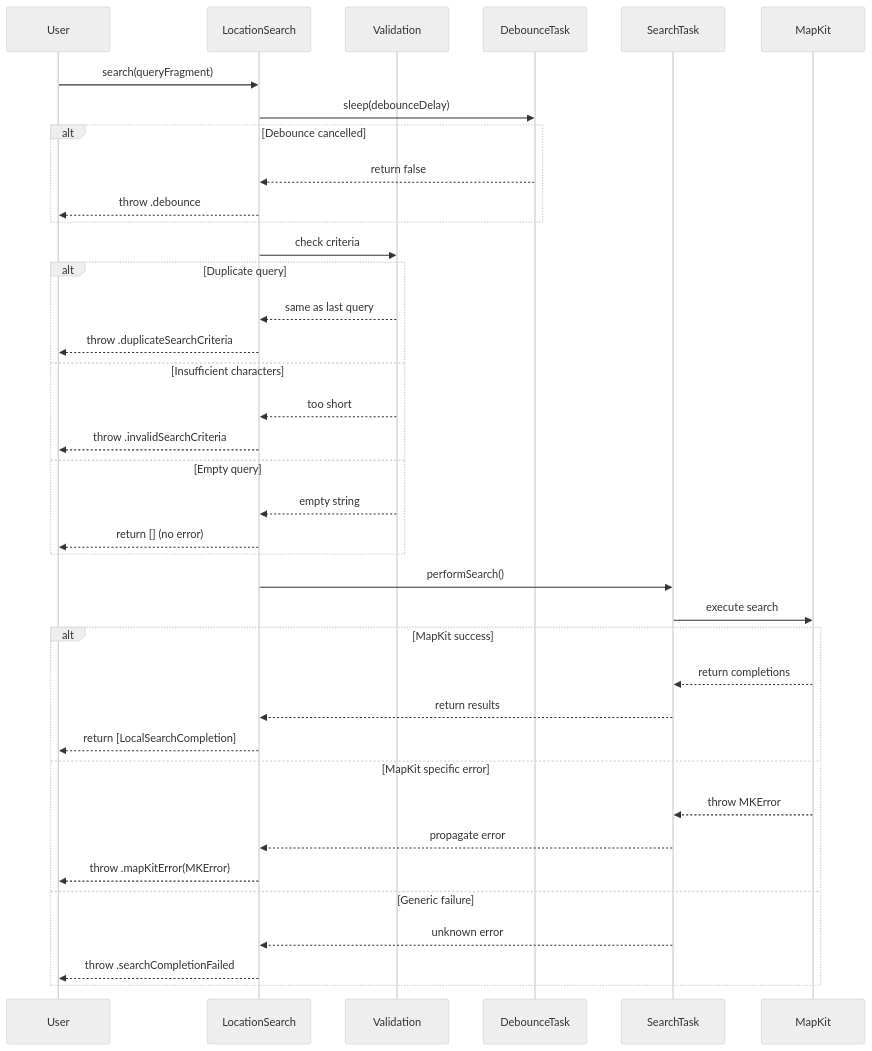
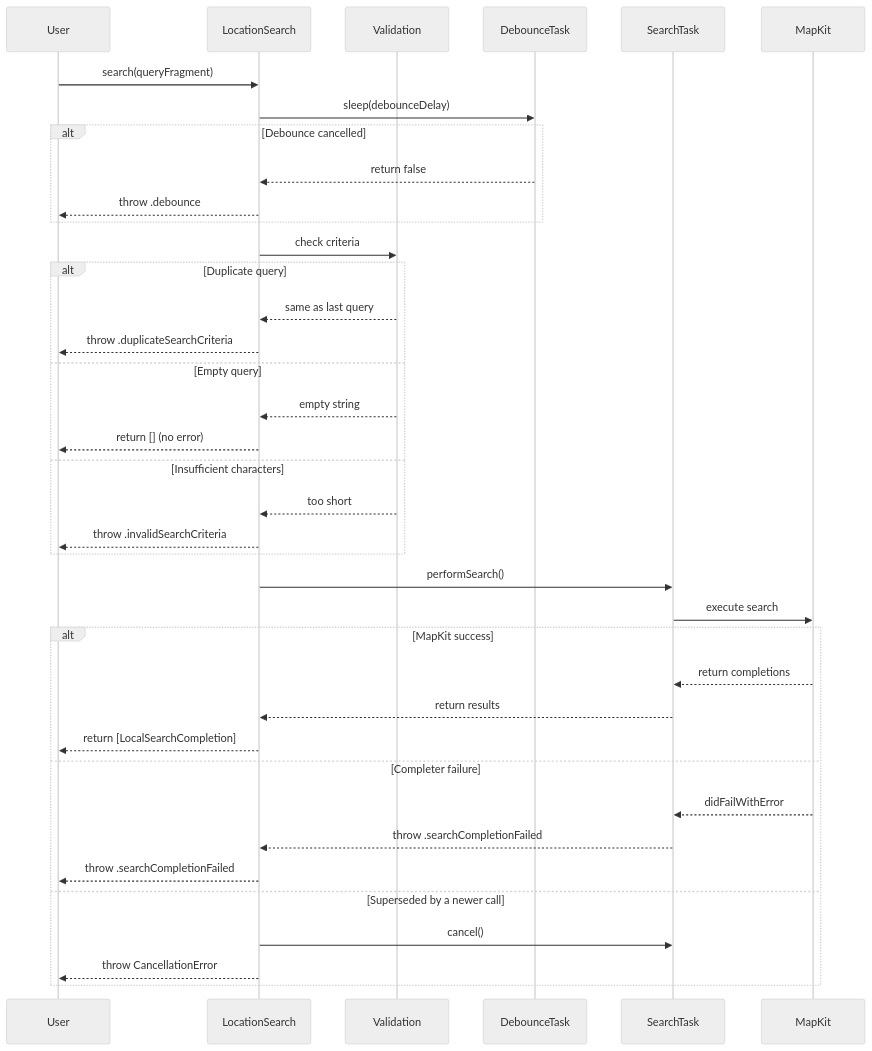
The fourth of 5 diagrams in docs/Diagrams/SearchFlowSequence.md (kraigspear/MapKitSwiftSearch), drawn with Mermaid (neutral theme) before and after one commit. The commit also changed other lines of this file and 13 other files, not shown here.

````diff
--- a/docs/Diagrams/SearchFlowSequence.md
+++ b/docs/Diagrams/SearchFlowSequence.md
@@ -147,45 +149,45 @@
 ```mermaid
 sequenceDiagram
     participant User
     participant LocationSearch
     participant Validation
     participant DebounceTask
     participant SearchTask
     participant MapKit
     
     User->>LocationSearch: search(queryFragment)
     
     LocationSearch->>DebounceTask: sleep(debounceDelay)
     alt Debounce cancelled
         DebounceTask-->>LocationSearch: return false
         LocationSearch-->>User: throw .debounce
     end
     
     LocationSearch->>Validation: check criteria
     alt Duplicate query
         Validation-->>LocationSearch: same as last query
         LocationSearch-->>User: throw .duplicateSearchCriteria
+    else Empty query
+        Validation-->>LocationSearch: empty string
+        LocationSearch-->>User: return [] (no error)
     else Insufficient characters
         Validation-->>LocationSearch: too short
         LocationSearch-->>User: throw .invalidSearchCriteria
-    else Empty query
-        Validation-->>LocationSearch: empty string
-        LocationSearch-->>User: return [] (no error)
     end
     
     LocationSearch->>SearchTask: performSearch()
     SearchTask->>MapKit: execute search
     
     alt MapKit success
         MapKit-->>SearchTask: return completions
         SearchTask-->>LocationSearch: return results
         LocationSearch-->>User: return [LocalSearchCompletion]
-    else MapKit specific error
-        MapKit-->>SearchTask: throw MKError
-        SearchTask-->>LocationSearch: propagate error
-        LocationSearch-->>User: throw .mapKitError(MKError)
-    else Generic failure
-        SearchTask-->>LocationSearch: unknown error
+    else Completer failure
+        MapKit-->>SearchTask: didFailWithError
+        SearchTask-->>LocationSearch: throw .searchCompletionFailed
         LocationSearch-->>User: throw .searchCompletionFailed
+    else Superseded by a newer call
+        LocationSearch->>SearchTask: cancel()
+        LocationSearch-->>User: throw CancellationError
     end
 ```
````
